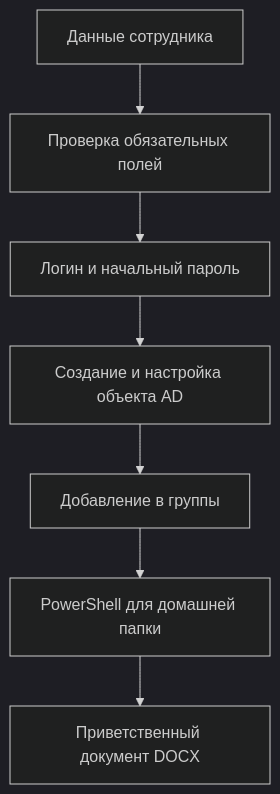
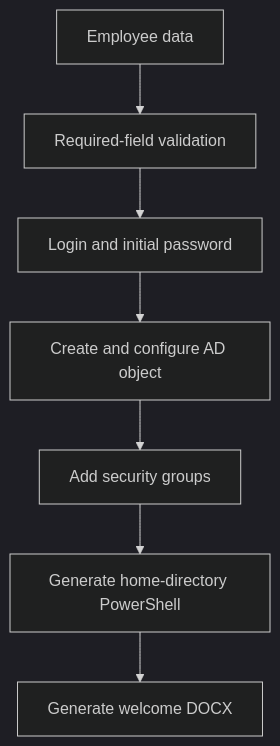
The diagram in README.md (NetGraniz/ad_user_tool), drawn with Mermaid (dark theme) before and after one commit. The commit also changed other lines of this file, not shown here.

````diff
--- a/README.md
+++ b/README.md
@@ -33,9 +30,9 @@
 ```mermaid
 flowchart TD
-    A["Данные сотрудника"] --> B["Проверка обязательных полей"]
-    B --> C["Логин и начальный пароль"]
-    C --> D["Создание и настройка объекта AD"]
-    D --> E["Добавление в группы"]
-    E --> F["PowerShell для домашней папки"]
-    F --> G["Приветственный документ DOCX"]
+    A["Employee data"] --> B["Required-field validation"]
+    B --> C["Login and initial password"]
+    C --> D["Create and configure AD object"]
+    D --> E["Add security groups"]
+    E --> F["Generate home-directory PowerShell"]
+    F --> G["Generate welcome DOCX"]
 ```
````
